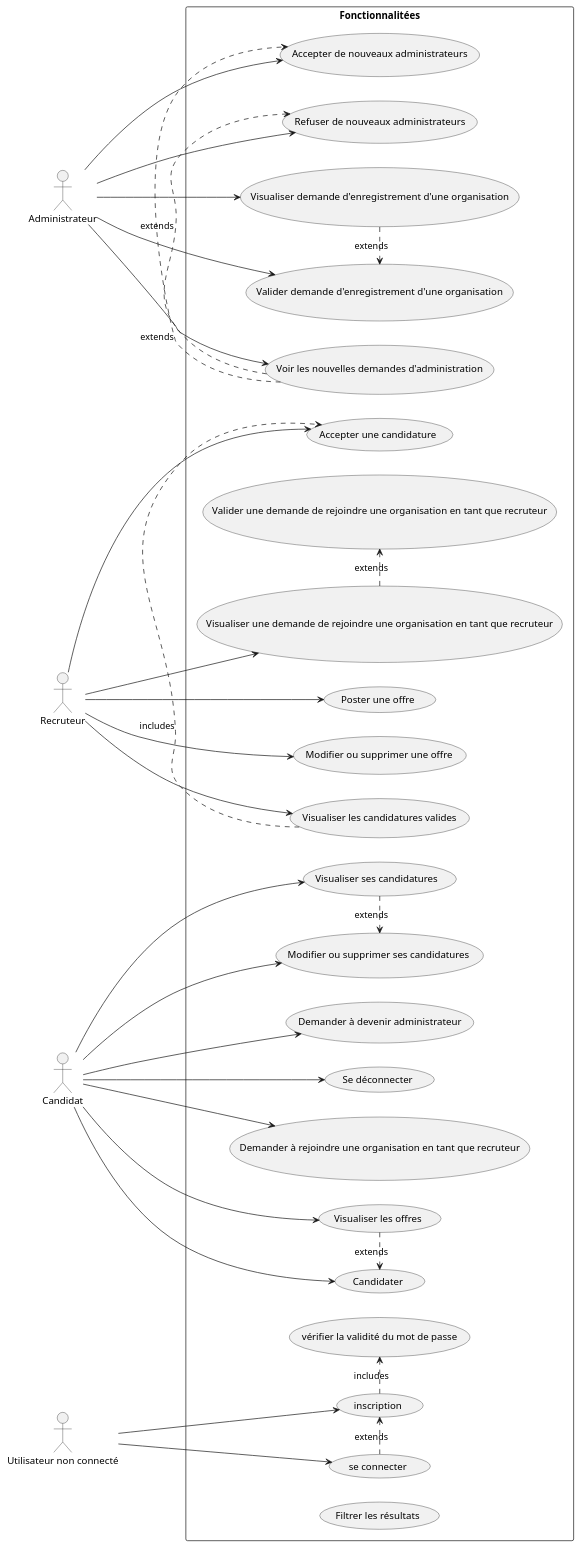
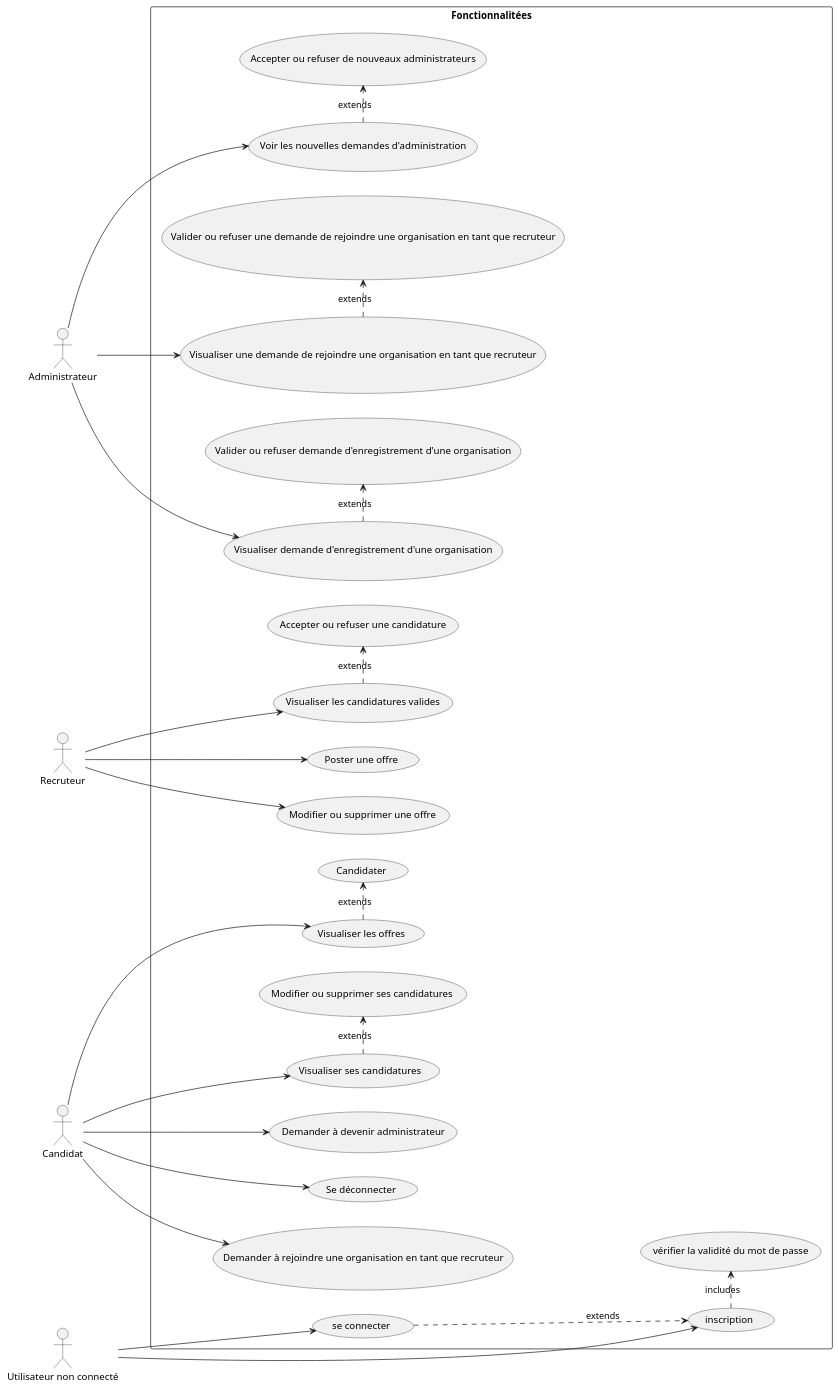
The diagram in TD1/usecase.puml (alexandreeberhardt/SR10_Website), drawn with PlantUML before and after one commit.

Commit message:
Update usecase.puml
Gros tri et j'ai enlevé les liens vers la cible des extends
Seuls les admins peuvent ajouter des recruteurs

j'ai enlevé "filtrer les resultats" par ce que c'est relié à trop de choses mais à voir

```diff
--- a/TD1/usecase.puml
+++ b/TD1/usecase.puml
@@ -1,69 +1,56 @@
 @startuml
 
 
 
 left to right direction
 rectangle Fonctionnalitées {
-"Accepter une candidature" as (f1)
+"Accepter ou refuser une candidature" as (f1)
 "Poster une offre" as (f2)
 "Visualiser les offres" as (f3)
 "se connecter" as (f4)
 "inscription" as (f7)
-"Accepter de nouveaux administrateurs" as (f5)
+"Accepter ou refuser de nouveaux administrateurs" as (f5)
 "Demander à devenir administrateur" as (f6)
 "vérifier la validité du mot de passe" as (f8)
 "Voir les nouvelles demandes d'administration" as (f9)
 "Candidater" as (f10)
 "Se déconnecter" as (f11)
 "Visualiser les candidatures valides" as (f12)
 "Modifier ou supprimer une offre" as (f13)
-"Valider demande d'enregistrement d'une organisation" as (f14)
+"Valider ou refuser demande d'enregistrement d'une organisation" as (f14)
 "Visualiser demande d'enregistrement d'une organisation" as (f22)
 "Visualiser une demande de rejoindre une organisation en tant que recruteur" as (f15)
-"Valider une demande de rejoindre une organisation en tant que recruteur" as (f16)
+"Valider ou refuser une demande de rejoindre une organisation en tant que recruteur" as (f16)
 "Demander à rejoindre une organisation en tant que recruteur" as (f17)
 "Visualiser ses candidatures " as (f18)
 "Modifier ou supprimer ses candidatures " as (f19)
-"Refuser de nouveaux administrateurs" as (f20)
-"Filtrer les résultats" as (f21)
 
 
 
-(f4) .> (f7) : extends
+(f4) ..> (f7) : extends
 (f7) .> (f8) : includes
 (f9) .> (f5) : extends
 (f3) .> (f10) :extends
-(f12) .> (f1) : includes
+(f12) .> (f1) : extends
 (f15) .> (f16) : extends
 (f18) .> (f19) : extends
-(f9) .> (f20) : extends
 (f22) .> (f14) : extends
 
 
 }
-:Administrateur: --> (f5)
 :Administrateur: --> (f9)
-:Administrateur: --> (f14)
 :Administrateur: --> (f22)
-
-:Administrateur: --> (f20)
-:Recruteur: --> (f1)
+:Administrateur: --> (f15)
 :Recruteur: --> (f2)
 :Recruteur: --> (f12)
 :Recruteur: --> (f13)
-:Recruteur: --> (f15)
+:Candidat: --> (f6)
 :Candidat: --> (f3)
-:Candidat: --> (f6)
-:Candidat: --> (f10)
 :Candidat: --> (f11)
 :Candidat: --> (f17)
 :Candidat: --> (f18)
-:Candidat: --> (f19)
-
 :Utilisateur non connecté: --> (f7)
 :Utilisateur non connecté: --> (f4)
 
 
-
-
 @enduml
```
